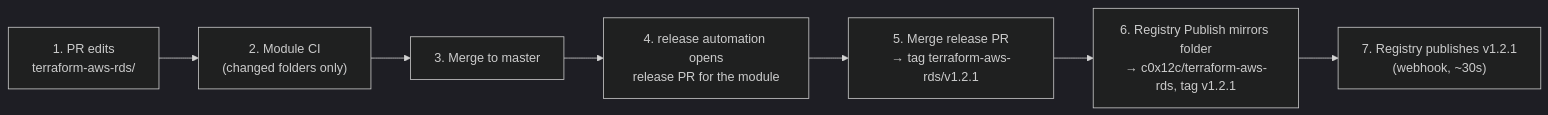
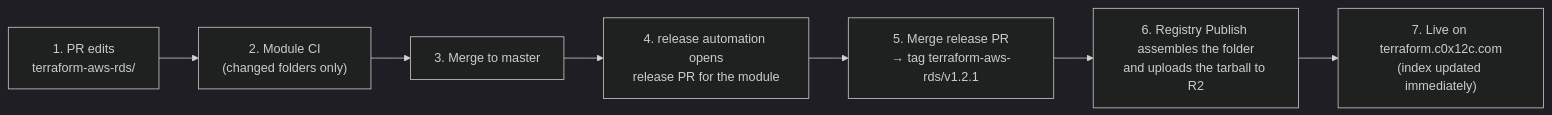
Before and after one commit to c0x12c/terraform-modules: the diagram in README.md, drawn with Mermaid (dark theme). The commit also changed other lines of this file, not shown here.

Commit message:
docs: update release flow for R2-only publish (#170)

````diff
--- a/README.md
+++ b/README.md
@@ -24,9 +31,9 @@
 ```mermaid
 flowchart LR
   A["1. PR edits<br/>terraform-aws-rds/"] --> B["2. Module CI<br/>(changed folders only)"]
   B --> C["3. Merge to master"]
   C --> D["4. release automation opens<br/>release PR for the module"]
   D --> E["5. Merge release PR<br/>→ tag terraform-aws-rds/v1.2.1"]
-  E --> F["6. Registry Publish mirrors folder<br/>→ c0x12c/terraform-aws-rds, tag v1.2.1"]
-  F --> G["7. Registry publishes v1.2.1<br/>(webhook, ~30s)"]
+  E --> F["6. Registry Publish assembles the folder<br/>and uploads the tarball to R2"]
+  F --> G["7. Live on terraform.c0x12c.com<br/>(index updated immediately)"]
 ```
````
